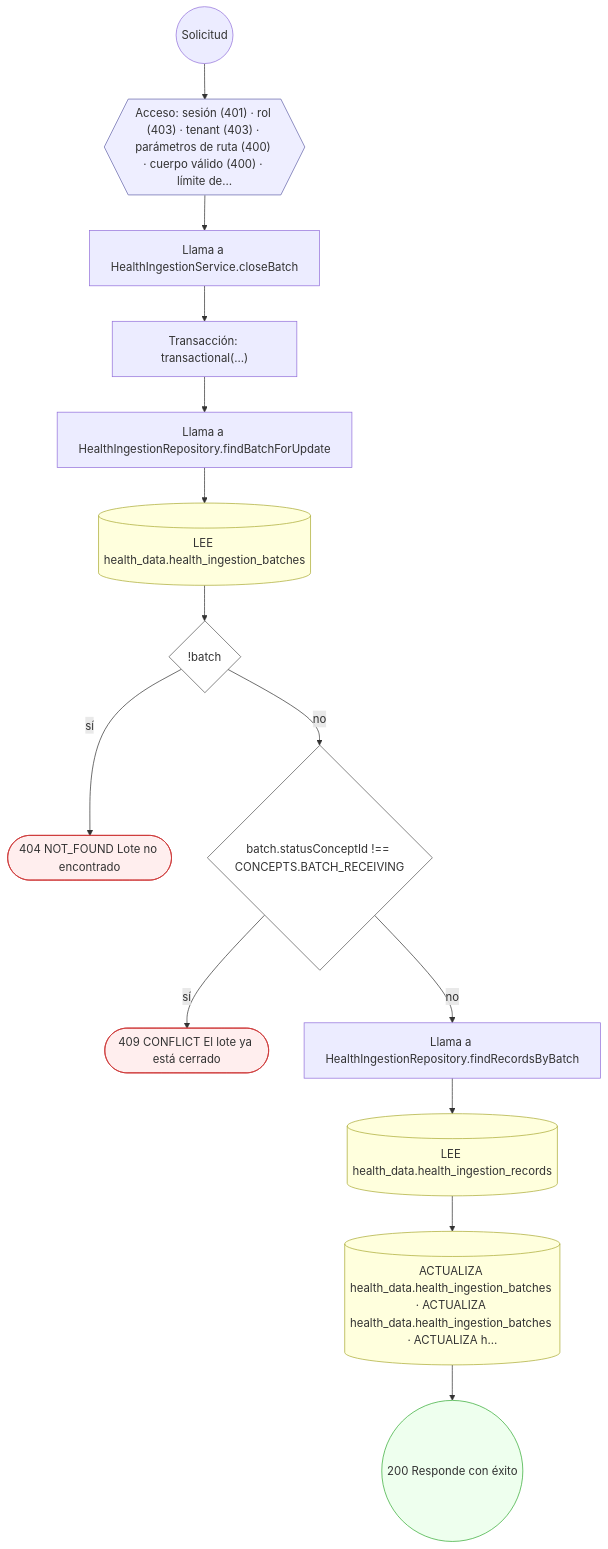
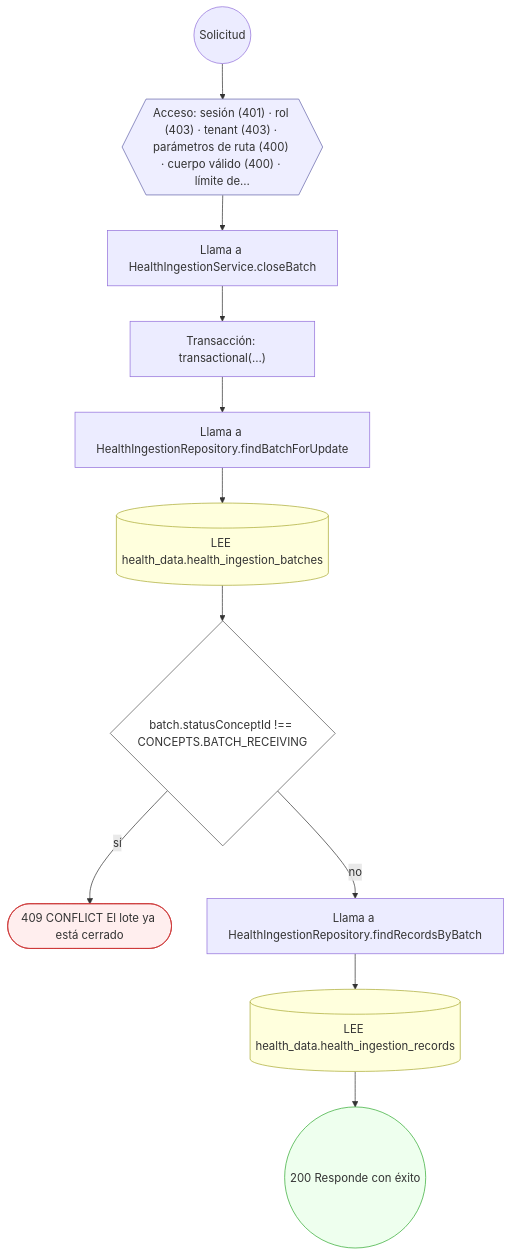
Diagram 12 of 16 in docs/inventario/flujos/health_data.md (mdavila-2001/mantra-core-health-api), drawn with Mermaid before and after one commit. The commit also changed other lines of this file and 438 other files, not shown here.

````diff
--- a/docs/inventario/flujos/health_data.md
+++ b/docs/inventario/flujos/health_data.md
@@ -999,36 +1095,30 @@
 ```mermaid
 flowchart TD
   n1(("Solicitud")):::inicio
   n2{{"Acceso: sesión (401) · rol (403) · tenant (403) · parámetros de ruta (400) · cuerpo válido (400) · límite de…"}}:::acceso
   n1 --> n2
   n3["Llama a HealthIngestionService.closeBatch"]:::llamada
   n2 --> n3
   n4["Transacción: transactional(…)"]:::transaccion
   n3 --> n4
   n5["Llama a HealthIngestionRepository.findBatchForUpdate"]:::llamada
   n4 --> n5
   n6[("LEE health_data.health_ingestion_batches")]:::efecto
   n5 --> n6
-  n7{"!batch"}:::decision
+  n7{"batch.statusConceptId !== CONCEPTS.BATCH_RECEIVING"}:::decision
   n6 --> n7
-  n8(["404 NOT_FOUND Lote no encontrado"]):::error
+  n8(["409 CONFLICT El lote ya está cerrado"]):::error
   n7 -->|"sí"| n8
-  n9{"batch.statusConceptId !== CONCEPTS.BATCH_RECEIVING"}:::decision
+  n9["Llama a HealthIngestionRepository.findRecordsByBatch"]:::llamada
   n7 -->|"no"| n9
-  n10(["409 CONFLICT El lote ya está cerrado"]):::error
-  n9 -->|"sí"| n10
-  n11["Llama a HealthIngestionRepository.findRecordsByBatch"]:::llamada
-  n9 -->|"no"| n11
-  n12[("LEE health_data.health_ingestion_records")]:::efecto
-  n11 --> n12
-  n13[("ACTUALIZA health_data.health_ingestion_batches · ACTUALIZA health_data.health_ingestion_batches · ACTUALIZA h…")]:::efecto
-  n12 --> n13
-  n14(("200 Responde con éxito")):::ok
-  n13 --> n14
+  n10[("LEE health_data.health_ingestion_records")]:::efecto
+  n9 --> n10
+  n11(("200 Responde con éxito")):::ok
+  n10 --> n11
   classDef acceso fill:#eef,stroke:#66a
   classDef error fill:#fee,stroke:#c33
   classDef ok fill:#efe,stroke:#3a3
   classDef efecto fill:#ffd,stroke:#aa3
   classDef decision fill:#fff,stroke:#555
   classDef corte fill:#eee,stroke:#999,stroke-dasharray: 4
 ```
````
